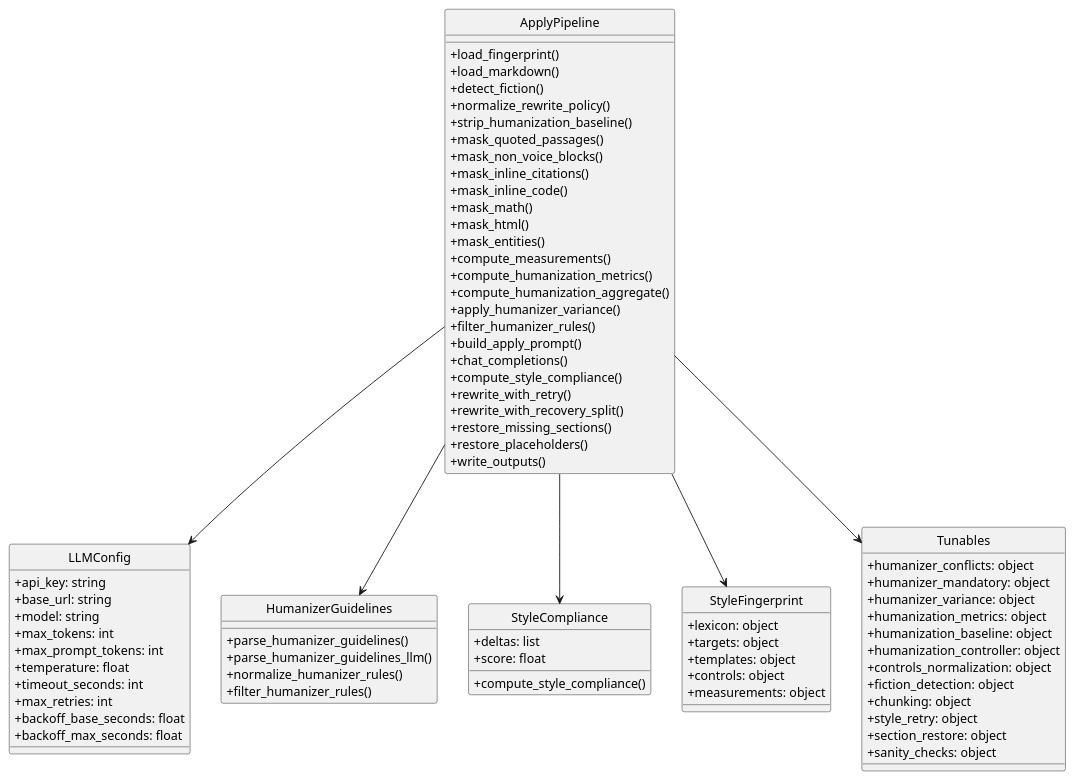
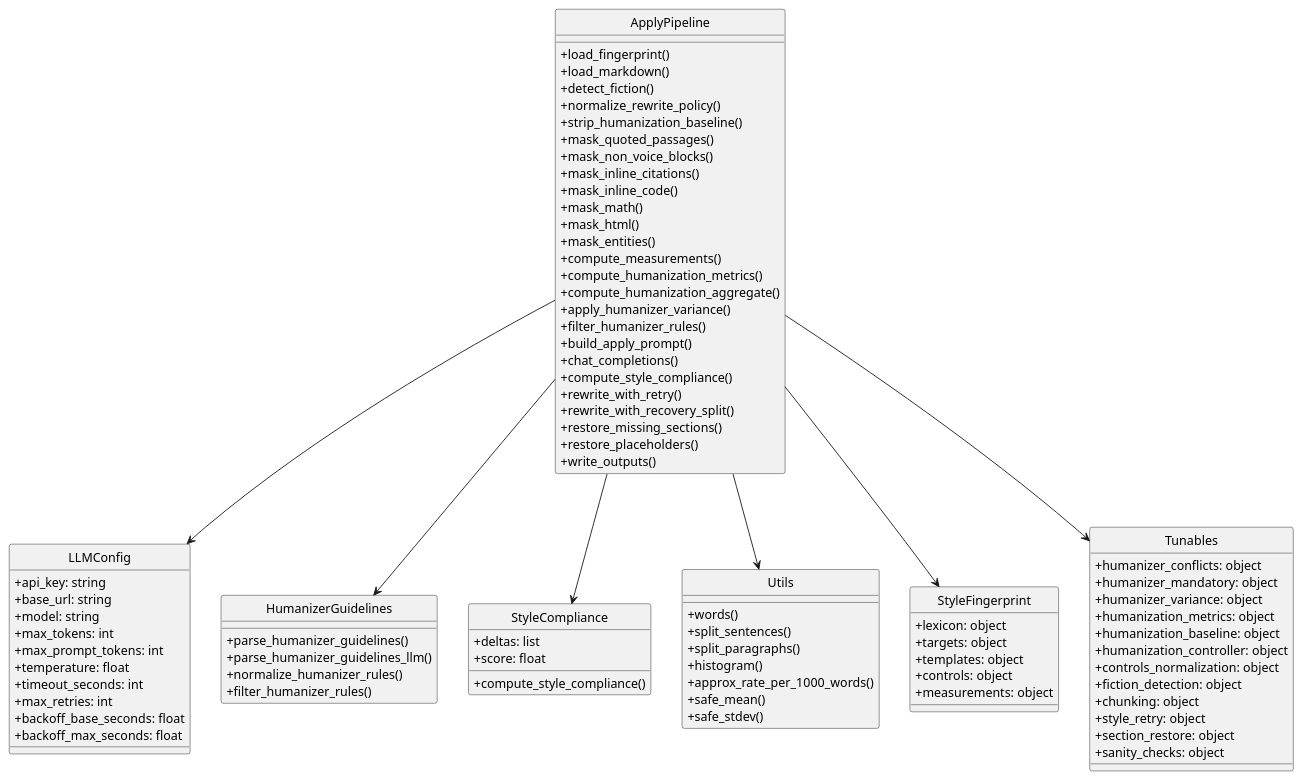
The first of 3 diagrams in UML-Apply.md (ngpepin/stylometric-transfer), drawn with PlantUML before and after one commit. The commit also changed other lines of this file and 10 other files, not shown here.

````diff
--- a/UML-Apply.md
+++ b/UML-Apply.md
@@ -63,6 +63,16 @@
   +score: float
 }
 
+class Utils {
+  +words()
+  +split_sentences()
+  +split_paragraphs()
+  +histogram()
+  +approx_rate_per_1000_words()
+  +safe_mean()
+  +safe_stdev()
+}
+
 class StyleFingerprint {
   +lexicon: object
   +targets: object
@@ -91,5 +101,6 @@
 ApplyPipeline --> HumanizerGuidelines
 ApplyPipeline --> StyleCompliance
 ApplyPipeline --> Tunables
+ApplyPipeline --> Utils
 @enduml
 ```
````
